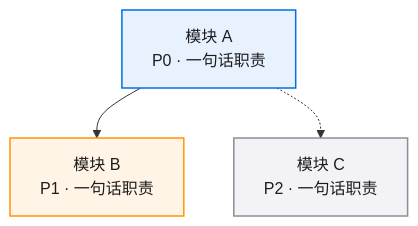
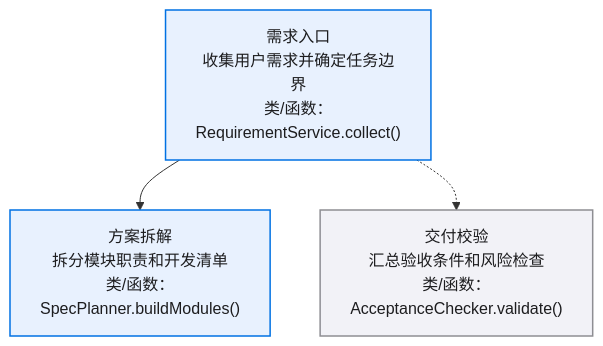
The first of 5 diagrams in skills/x-spec/templates/diagrams.md (KtKID/x-dev-pipeline), drawn with Mermaid before and after one commit. The commit also changed other lines of this file and 1 other file, not shown here.

Commit message:
feat(x-spec): 优化图模板规范

````diff
--- a/skills/x-spec/templates/diagrams.md
+++ b/skills/x-spec/templates/diagrams.md
@@ -19,23 +20,22 @@
 ```mermaid
 flowchart TD
-  classDef p0 fill:#E8F1FE,stroke:#0071E3,color:#1D1D1F,stroke-width:1.5px
-  classDef p1 fill:#FFF4E5,stroke:#FF9500,color:#1D1D1F,stroke-width:1.5px
-  classDef p2 fill:#F2F2F7,stroke:#8E8E93,color:#1D1D1F,stroke-width:1.5px
+  classDef module fill:#E8F1FE,stroke:#0071E3,color:#1D1D1F,stroke-width:1.5px
+  classDef support fill:#F2F2F7,stroke:#8E8E93,color:#1D1D1F,stroke-width:1.5px
 
   %% 写图守则：
-  %% 1. 节点格式：ID["名称<br/>P0/P1/P2 · 一句话"]:::p{0|1|2}
+  %% 1. 总览节点格式：ID["模块名<br/>中文模块作用<br/>类/函数：ClassName.methodName()"]:::module
   %% 2. 实线 -->（强依赖）；虚线 -.->（弱依赖/可选/调起）
   %% 3. 单图节点上限 ~12：超限先压缩同质节点（×N），还超就拆图——
   %%    总览只画模块级，细节下沉到模块节的局部图
   %% 4. subgraph 一律按模块划分：一个模块一个框，框线即模块边界，
   %%    边界类节点放框内第一位；邻居模块压成单节点放框外
   %% 5. 同质重复节点压成单节点 + "×N" 后缀，避免图爆炸
   %% 6. 图与 02/03/04 文字描述完全一致——这里是只读视图
 
-  ModA["模块 A<br/>P0 · 一句话职责"]:::p0
-  ModB["模块 B<br/>P1 · 一句话职责"]:::p1
-  ModC["模块 C<br/>P2 · 一句话职责"]:::p2
+  ModA["需求入口<br/>收集用户需求并确定任务边界<br/>类/函数：RequirementService.collect()"]:::module
+  ModB["方案拆解<br/>拆分模块职责和开发清单<br/>类/函数：SpecPlanner.buildModules()"]:::module
+  ModC["交付校验<br/>汇总验收条件和风险检查<br/>类/函数：AcceptanceChecker.validate()"]:::support
 
   ModA --> ModB
   ModA -.-> ModC
 ```
````
